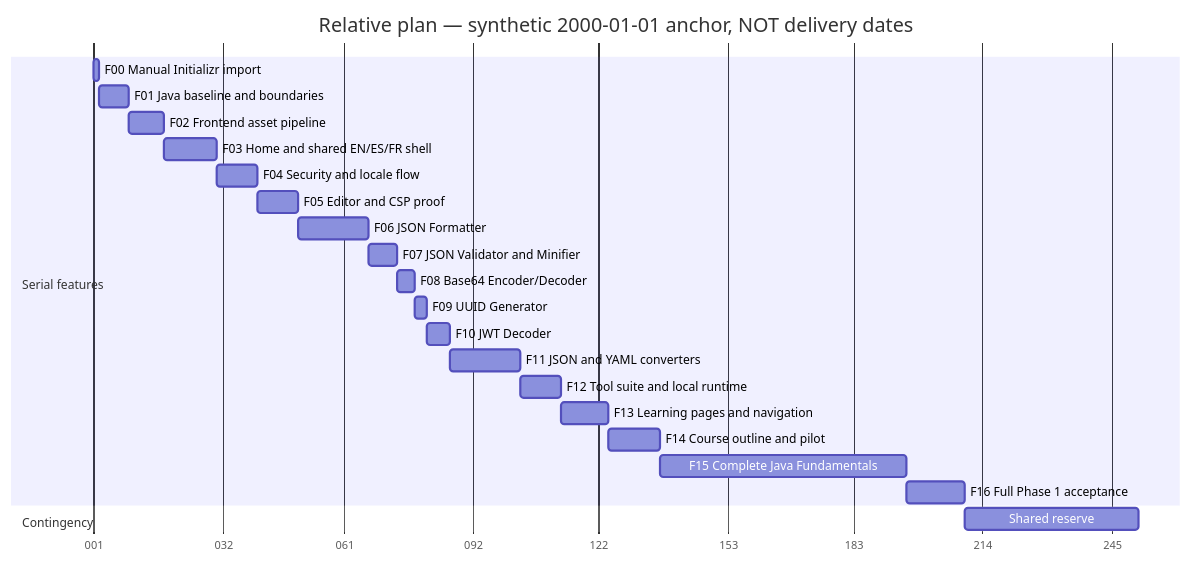
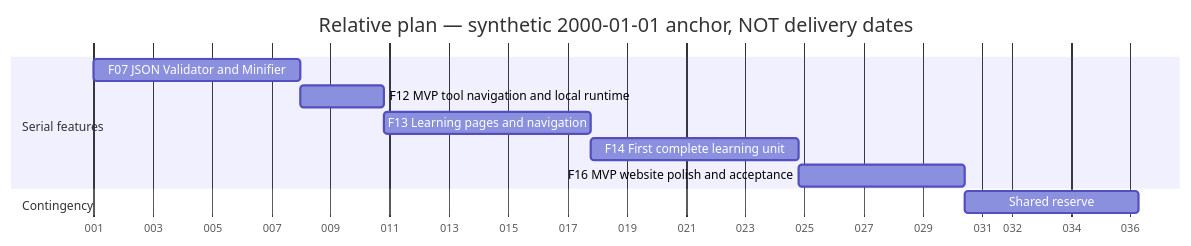
One commit to ziuld/beneath-the-code-page changed the diagram in docs/planning/gantt.mmd. Above: the diagram before and after it, drawn with Mermaid. The commit also changed 77 other files, not shown here.

Commit message:
feat(F07): add local JSON validator and focused MVP plan

```diff
--- a/docs/planning/gantt.mmd
+++ b/docs/planning/gantt.mmd
@@ -1,24 +1,12 @@
 gantt
     title Relative plan — synthetic 2000-01-01 anchor, NOT delivery dates
     dateFormat YYYY-MM-DDTHH:mm
     axisFormat %j
     section Serial features
-    F00 Manual Initializr import :F00, 2000-01-01T00:00, 2000-01-02T09:36
-    F01 Java baseline and boundaries :F01, 2000-01-02T09:36, 2000-01-09T09:36
-    F02 Frontend asset pipeline :F02, 2000-01-09T09:36, 2000-01-17T19:12
-    F03 Home and shared EN/ES/FR shell :F03, 2000-01-17T19:12, 2000-01-30T09:36
-    F04 Security and locale flow :F04, 2000-01-30T09:36, 2000-02-09T04:48
-    F05 Editor and CSP proof :F05, 2000-02-09T04:48, 2000-02-19T00:00
-    F06 JSON Formatter :F06, 2000-02-19T00:00, 2000-03-06T19:12
-    F07 JSON Validator and Minifier :F07, 2000-03-06T19:12, 2000-03-13T19:12
-    F08 Base64 Encoder/Decoder :F08, 2000-03-13T19:12, 2000-03-18T00:00
-    F09 UUID Generator :F09, 2000-03-18T00:00, 2000-03-20T19:12
-    F10 JWT Decoder :F10, 2000-03-20T19:12, 2000-03-26T09:36
-    F11 JSON and YAML converters :F11, 2000-03-26T09:36, 2000-04-12T04:48
-    F12 Tool suite and local runtime :F12, 2000-04-12T04:48, 2000-04-22T00:00
-    F13 Learning pages and navigation :F13, 2000-04-22T00:00, 2000-05-03T04:48
-    F14 Course outline and pilot :F14, 2000-05-03T04:48, 2000-05-15T19:12
-    F15 Complete Java Fundamentals :F15, 2000-05-15T19:12, 2000-07-13T14:24
-    F16 Full Phase 1 acceptance :F16, 2000-07-13T14:24, 2000-07-27T14:24
+    F07 JSON Validator and Minifier :F07, 2000-01-01T00:00, 2000-01-08T00:00
+    F12 MVP tool navigation and local runtime :F12, 2000-01-08T00:00, 2000-01-10T19:12
+    F13 Learning pages and navigation :F13, 2000-01-10T19:12, 2000-01-17T19:12
+    F14 First complete learning unit :F14, 2000-01-17T19:12, 2000-01-24T19:12
+    F16 MVP website polish and acceptance :F16, 2000-01-24T19:12, 2000-01-30T09:36
     section Contingency
-    Shared reserve :reserve, 2000-07-27T14:24, 2000-09-07T07:40
+    Shared reserve :reserve, 2000-01-30T09:36, 2000-02-05T06:43
```
